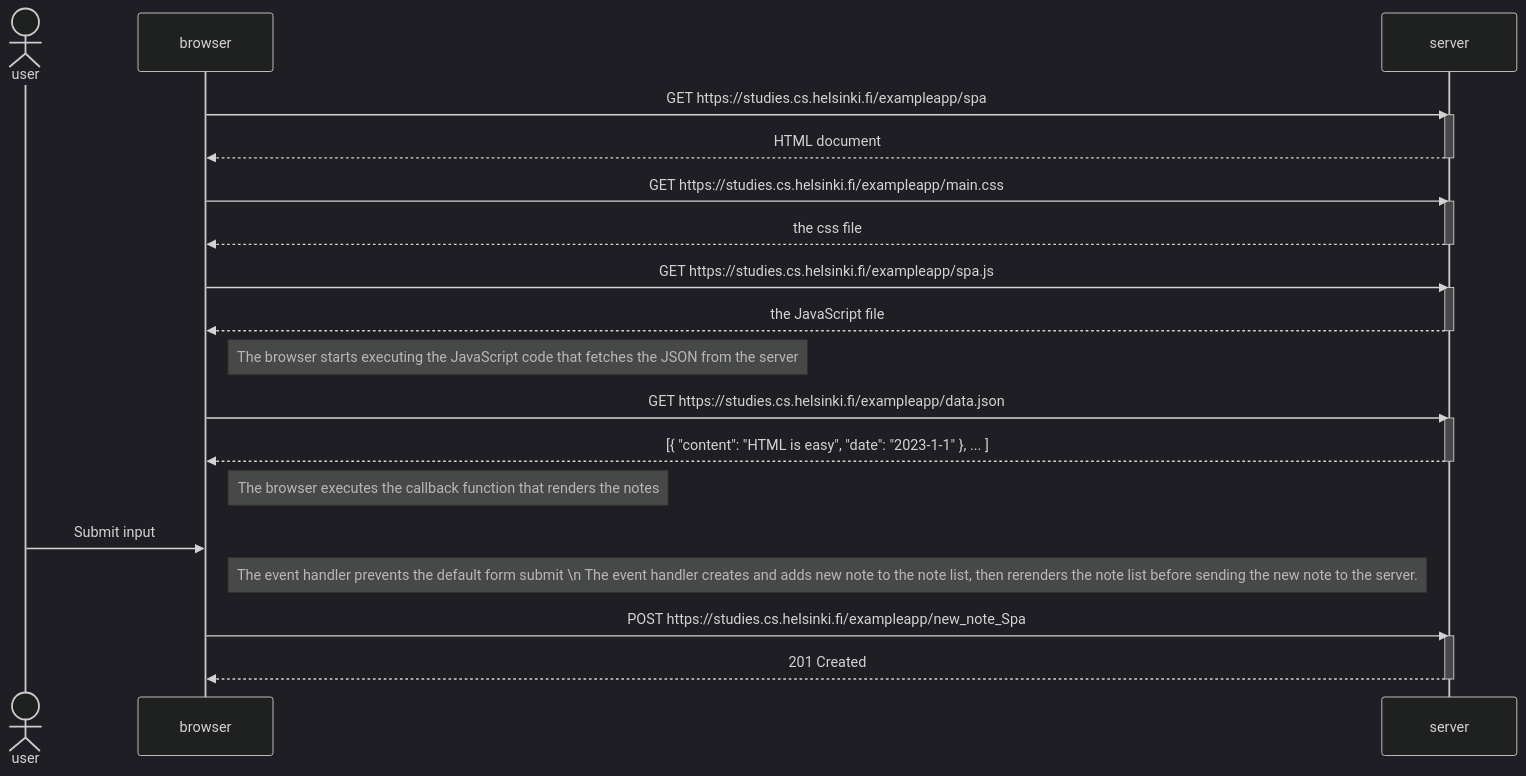
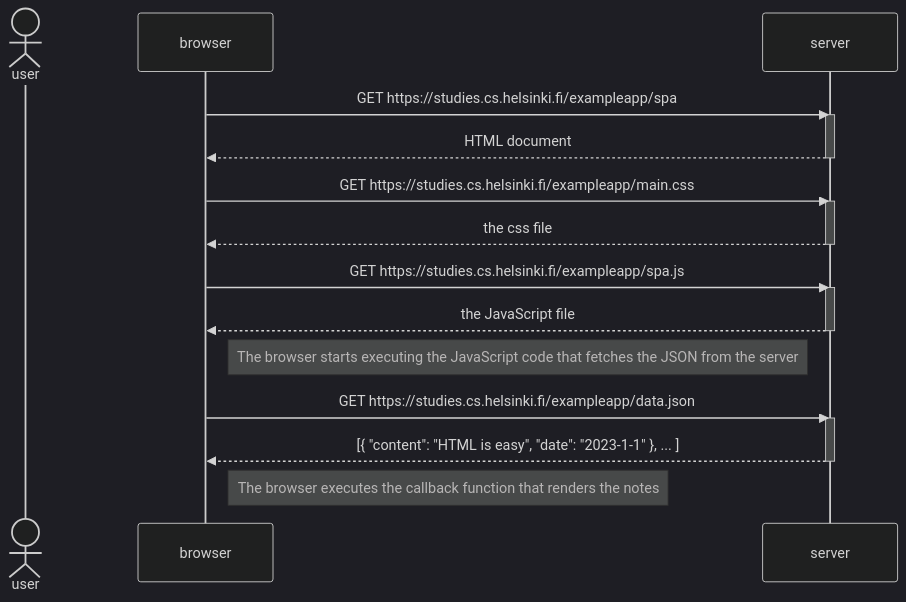
One commit to YC-TAN/full-stack-open changed the diagram in part0/singlepage.md. Above: the diagram before and after it, drawn with Mermaid (dark theme).

Commit message:
Edit - Remove new note part

````diff
--- a/part0/singlepage.md
+++ b/part0/singlepage.md
@@ -4,38 +4,30 @@
 ```mermaid
 sequenceDiagram
 actor user
     participant browser
     participant server
 
     browser->>server: GET https://studies.cs.helsinki.fi/exampleapp/spa
     activate server
     server-->>browser: HTML document
     deactivate server
 
     browser->>server: GET https://studies.cs.helsinki.fi/exampleapp/main.css
     activate server
     server-->>browser: the css file
     deactivate server
 
     browser->>server: GET https://studies.cs.helsinki.fi/exampleapp/spa.js
     activate server
     server-->>browser: the JavaScript file
     deactivate server
 
     Note right of browser: The browser starts executing the JavaScript code that fetches the JSON from the server
 
     browser->>server: GET https://studies.cs.helsinki.fi/exampleapp/data.json
     activate server
     server-->>browser: [{ "content": "HTML is easy", "date": "2023-1-1" }, ... ]
     deactivate server
 
     Note right of browser: The browser executes the callback function that renders the notes
-
-    user->>browser: Submit input
-    Note right of browser: The event handler prevents the default form submit \n The event handler creates and adds new note to the note list, then rerenders the note list before sending the new note to the server.
-
-    browser->>server: POST https://studies.cs.helsinki.fi/exampleapp/new_note_Spa
-    activate server
-    server-->>browser: 201 Created
-    deactivate server
 ```
````
